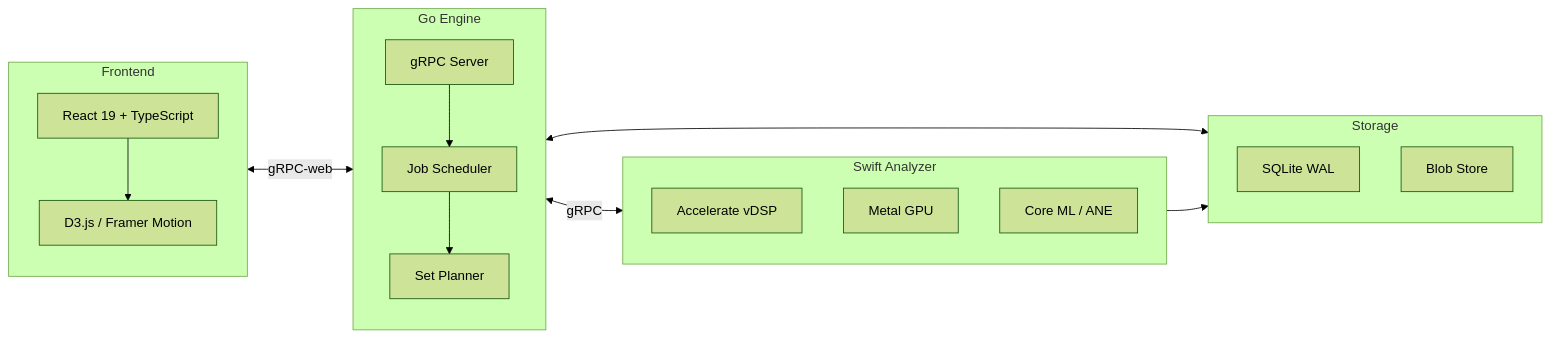
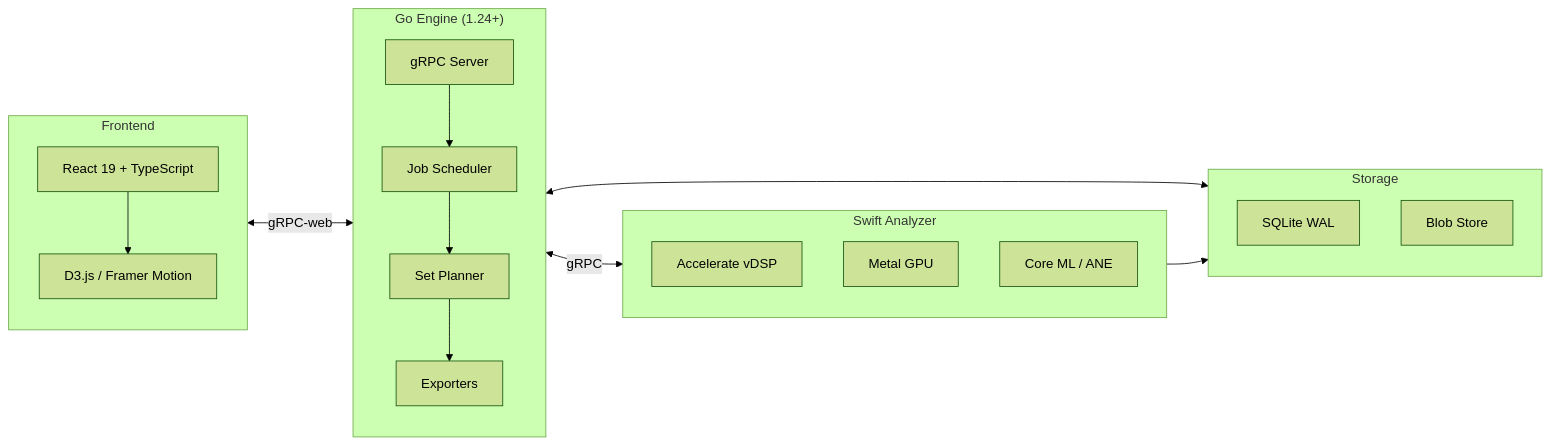
Before and after one commit to ParkWardRR/cartomix-Web-Based-DJ-Copilot: the diagram in README.md, drawn with Mermaid (forest theme). The commit also changed other lines of this file and 26 other files, not shown here.

````diff
--- a/README.md
+++ b/README.md
@@ -181,35 +183,36 @@
 ```mermaid
 flowchart LR
     subgraph UI["Frontend"]
       direction TB
       REACT["React 19 + TypeScript"]
       VIZ["D3.js / Framer Motion"]
       REACT --> VIZ
     end
 
-    subgraph ENGINE["Go Engine"]
+    subgraph ENGINE["Go Engine (1.24+)"]
       direction TB
       GRPC["gRPC Server"]
       SCHED["Job Scheduler"]
       PLAN["Set Planner"]
-      GRPC --> SCHED --> PLAN
+      EXPORT["Exporters"]
+      GRPC --> SCHED --> PLAN --> EXPORT
     end
 
     subgraph ANALYZER["Swift Analyzer"]
       direction TB
       DSP["Accelerate vDSP"]
       METAL["Metal GPU"]
       ANE["Core ML / ANE"]
     end
 
     subgraph DATA["Storage"]
       direction TB
       DB["SQLite WAL"]
       BLOBS["Blob Store"]
     end
 
     UI <-->|"gRPC-web"| ENGINE
     ENGINE <-->|"gRPC"| ANALYZER
     ENGINE <--> DATA
     ANALYZER --> DATA
 ```
````
